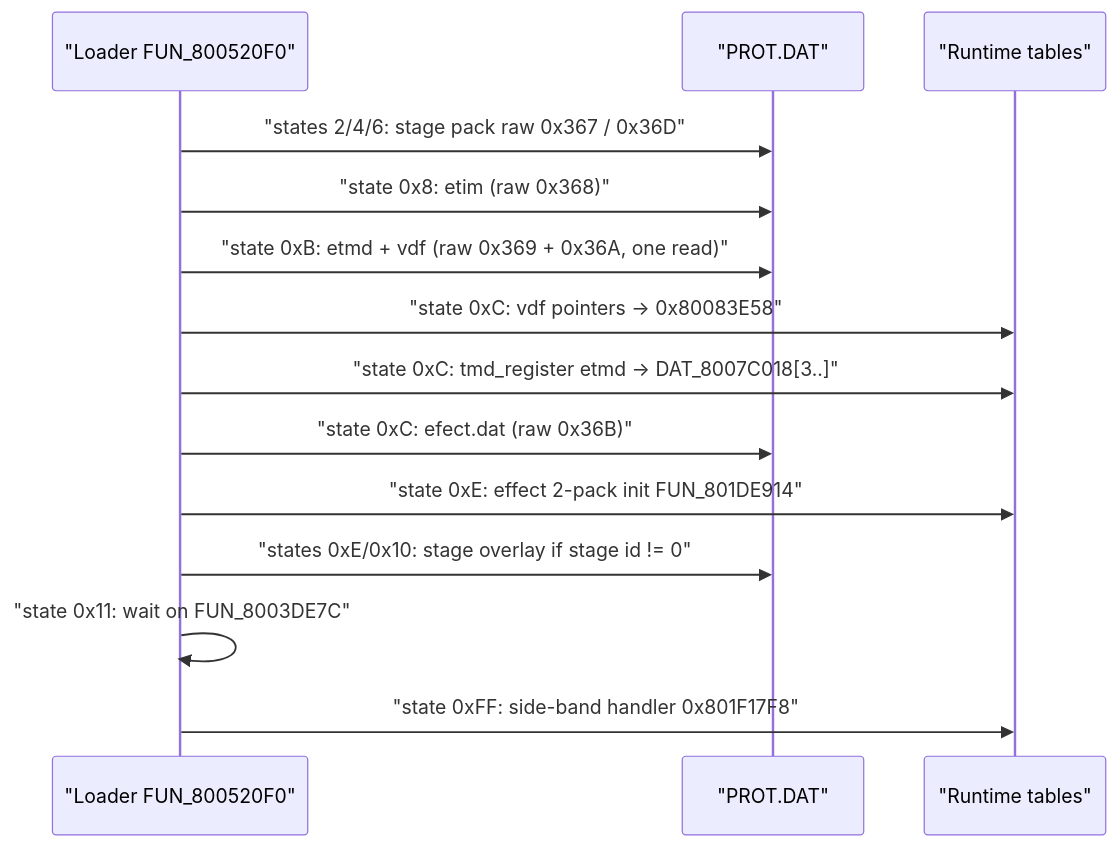
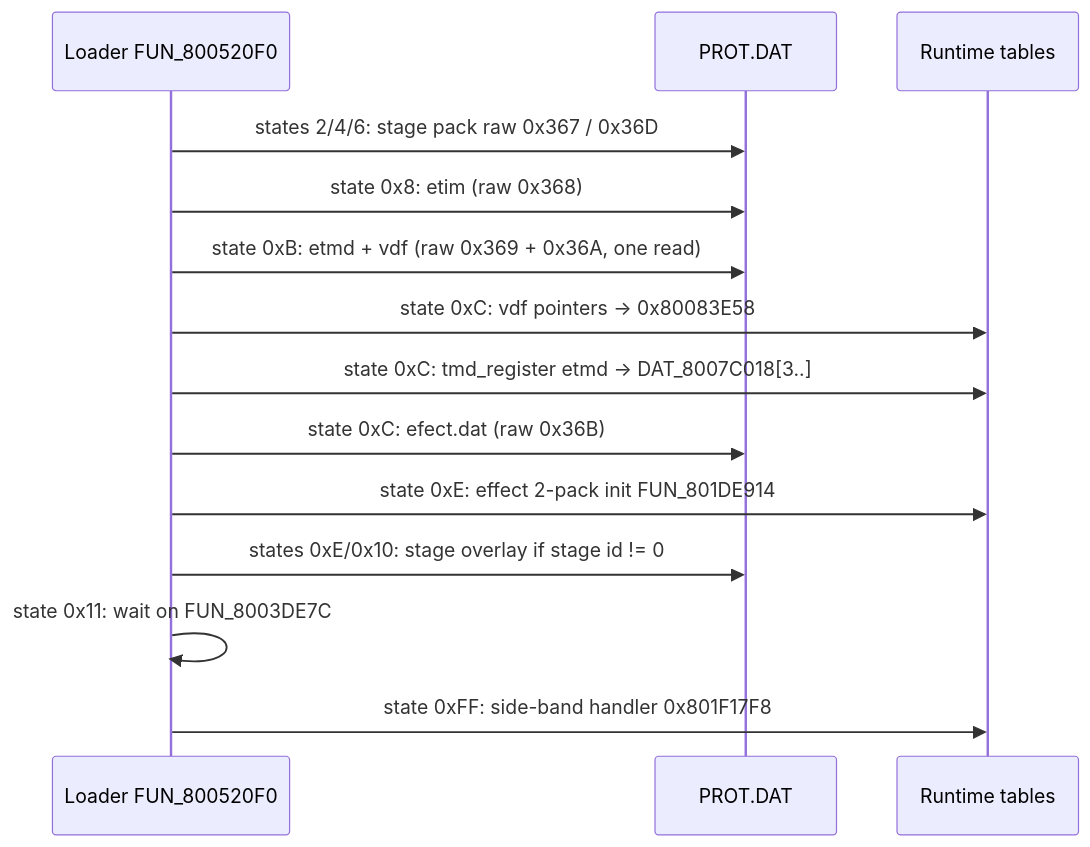
Before and after one commit to AndrewAltimit/legend-of-legaia-re: the first of 2 diagrams in docs/subsystems/battle.md, drawn with Mermaid.

Commit message:
docs(battle): plain labels in the load-sequence diagram

````diff
--- a/docs/subsystems/battle.md
+++ b/docs/subsystems/battle.md
@@ -54,16 +54,16 @@
 ```mermaid
 sequenceDiagram
-    participant L as "Loader FUN_800520F0"
-    participant CD as "PROT.DAT"
-    participant T as "Runtime tables"
-    L->>CD: "states 2/4/6: stage pack raw 0x367 / 0x36D"
-    L->>CD: "state 0x8: etim (raw 0x368)"
-    L->>CD: "state 0xB: etmd + vdf (raw 0x369 + 0x36A, one read)"
-    L->>T: "state 0xC: vdf pointers -> 0x80083E58"
-    L->>T: "state 0xC: tmd_register etmd -> DAT_8007C018[3..]"
-    L->>CD: "state 0xC: efect.dat (raw 0x36B)"
-    L->>T: "state 0xE: effect 2-pack init FUN_801DE914"
-    L->>CD: "states 0xE/0x10: stage overlay if stage id != 0"
-    L->>L: "state 0x11: wait on FUN_8003DE7C"
-    L->>T: "state 0xFF: side-band handler 0x801F17F8"
+    participant L as Loader FUN_800520F0
+    participant CD as PROT.DAT
+    participant T as Runtime tables
+    L->>CD: states 2/4/6: stage pack raw 0x367 / 0x36D
+    L->>CD: state 0x8: etim (raw 0x368)
+    L->>CD: state 0xB: etmd + vdf (raw 0x369 + 0x36A, one read)
+    L->>T: state 0xC: vdf pointers -> 0x80083E58
+    L->>T: state 0xC: tmd_register etmd -> DAT_8007C018[3..]
+    L->>CD: state 0xC: efect.dat (raw 0x36B)
+    L->>T: state 0xE: effect 2-pack init FUN_801DE914
+    L->>CD: states 0xE/0x10: stage overlay if stage id != 0
+    L->>L: state 0x11: wait on FUN_8003DE7C
+    L->>T: state 0xFF: side-band handler 0x801F17F8
 ```
````
